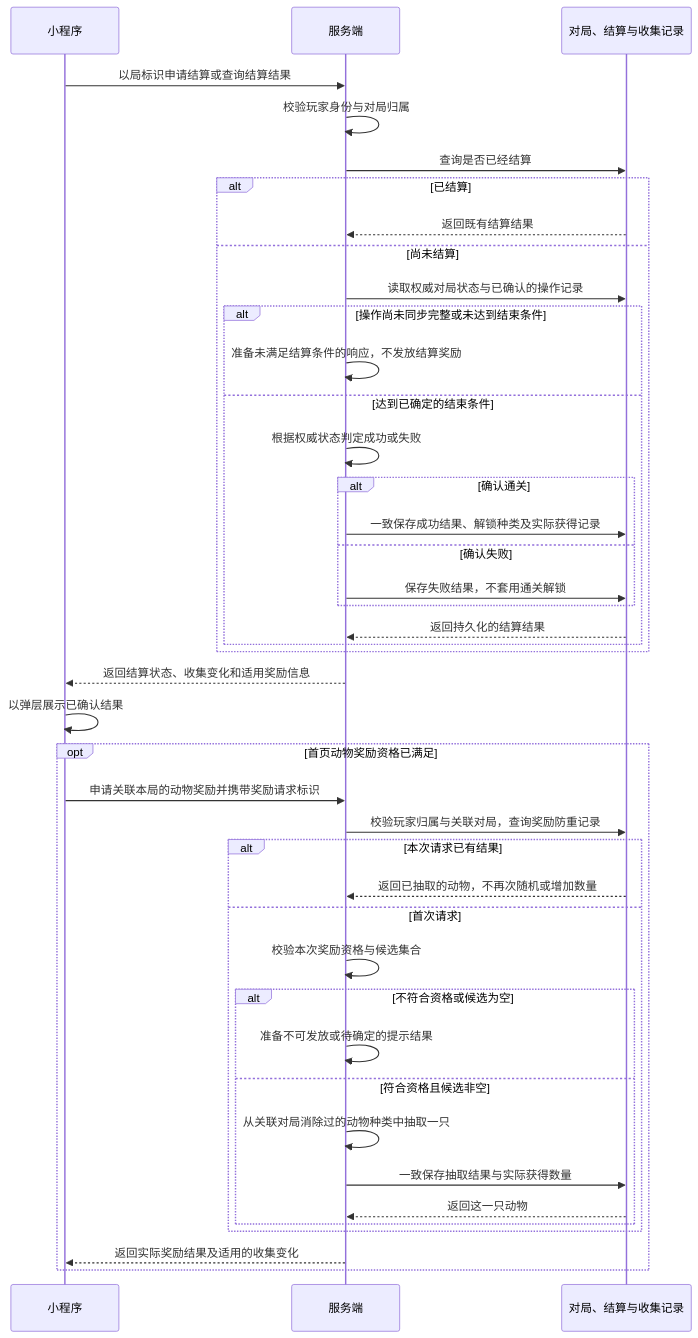
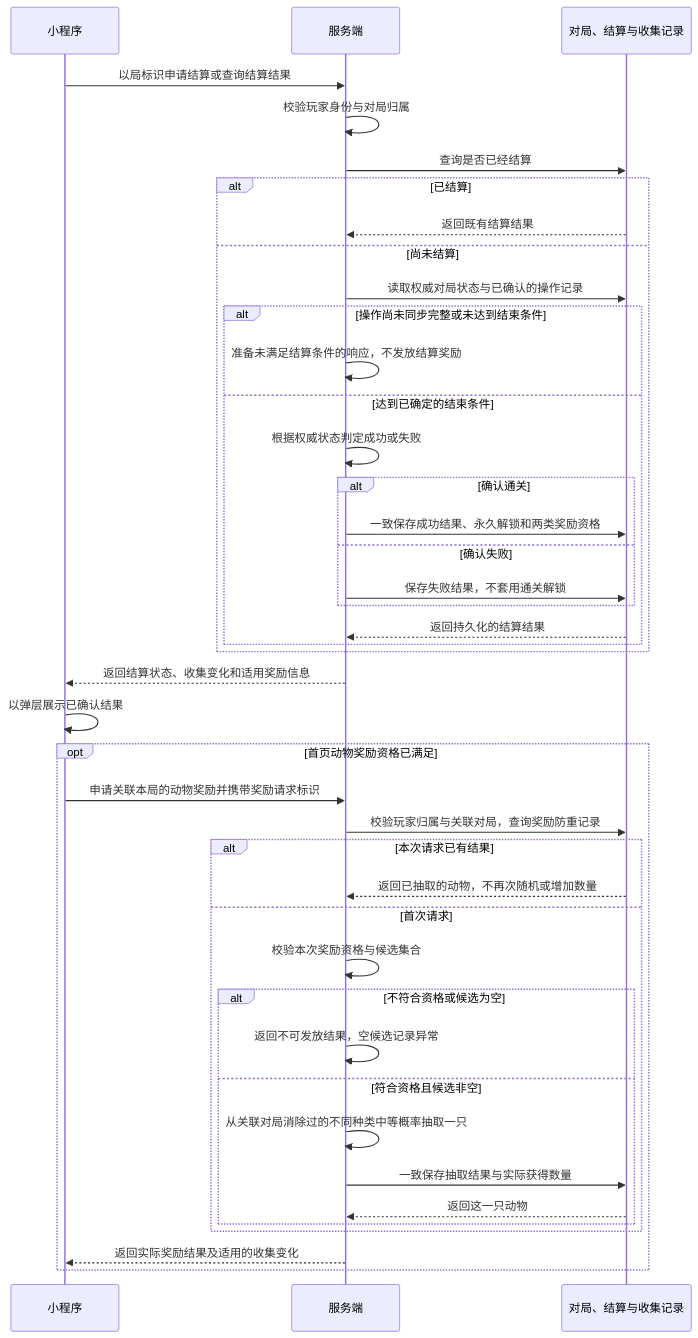
One commit to thundax-lyp/pretzel changed the fifth of 6 diagrams in docs/20-interfaces/GAME-CONTRACT.md. Above: the diagram before and after it, drawn with Mermaid. The commit also changed other lines of this file, not shown here.

````diff
--- a/docs/20-interfaces/GAME-CONTRACT.md
+++ b/docs/20-interfaces/GAME-CONTRACT.md
@@ -212,44 +269,44 @@
 ```mermaid
 sequenceDiagram
     participant C as 小程序
     participant S as 服务端
     participant D as 对局、结算与收集记录
     C->>S: 以局标识申请结算或查询结算结果
     S->>S: 校验玩家身份与对局归属
     S->>D: 查询是否已经结算
     alt 已结算
         D-->>S: 返回既有结算结果
     else 尚未结算
         S->>D: 读取权威对局状态与已确认的操作记录
         alt 操作尚未同步完整或未达到结束条件
             S->>S: 准备未满足结算条件的响应，不发放结算奖励
         else 达到已确定的结束条件
             S->>S: 根据权威状态判定成功或失败
             alt 确认通关
-                S->>D: 一致保存成功结果、解锁种类及实际获得记录
+                S->>D: 一致保存成功结果、永久解锁和两类奖励资格
             else 确认失败
                 S->>D: 保存失败结果，不套用通关解锁
             end
             D-->>S: 返回持久化的结算结果
         end
     end
     S-->>C: 返回结算状态、收集变化和适用奖励信息
     C->>C: 以弹层展示已确认结果
     opt 首页动物奖励资格已满足
         C->>S: 申请关联本局的动物奖励并携带奖励请求标识
         S->>D: 校验玩家归属与关联对局，查询奖励防重记录
         alt 本次请求已有结果
             D-->>S: 返回已抽取的动物，不再次随机或增加数量
         else 首次请求
             S->>S: 校验本次奖励资格与候选集合
             alt 不符合资格或候选为空
-                S->>S: 准备不可发放或待确定的提示结果
+                S->>S: 返回不可发放结果，空候选记录异常
             else 符合资格且候选非空
-                S->>S: 从关联对局消除过的动物种类中抽取一只
+                S->>S: 从关联对局消除过的不同种类中等概率抽取一只
                 S->>D: 一致保存抽取结果与实际获得数量
                 D-->>S: 返回这一只动物
             end
         end
         S-->>C: 返回实际奖励结果及适用的收集变化
     end
 ```
````
